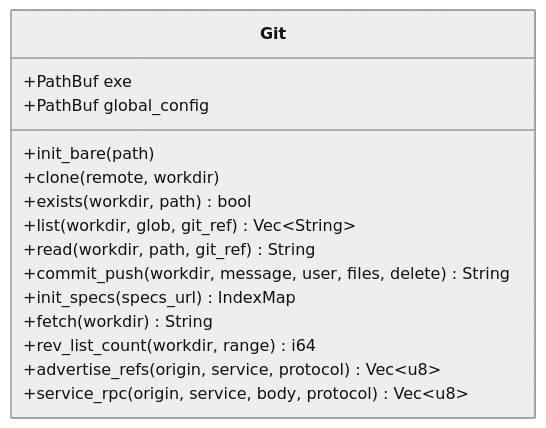
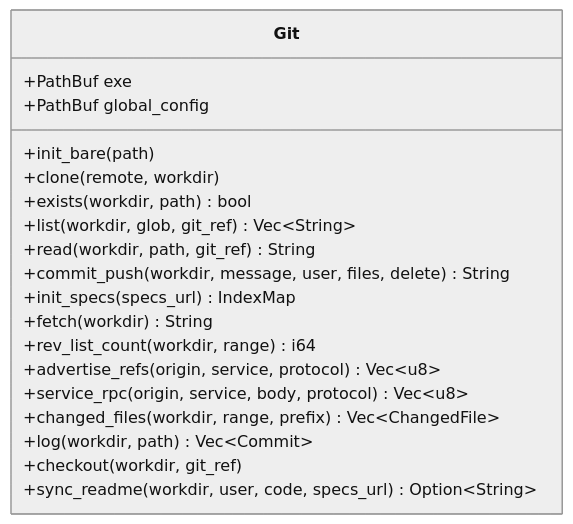
The sixth of 6 diagrams in docs/specs/06-DOM/SYNC-DOM-004.md (HoyoungParkme/syncdoc), drawn with Mermaid (neutral theme) before and after one commit. The commit also changed other lines of this file, not shown here.

First line of the commit message:
spec(SYNC-DOM-004): 카드 L11 — 4.2~4.6·4.8 표와 그림 · routes admin

````diff
--- a/docs/specs/06-DOM/SYNC-DOM-004.md
+++ b/docs/specs/06-DOM/SYNC-DOM-004.md
@@ -634,18 +654,22 @@
 ```mermaid
 classDiagram
     class Git {
         +PathBuf exe
         +PathBuf global_config
         +init_bare(path)
         +clone(remote, workdir)
         +exists(workdir, path) bool
         +list(workdir, glob, git_ref) Vec~String~
         +read(workdir, path, git_ref) String
         +commit_push(workdir, message, user, files, delete) String
         +init_specs(specs_url) IndexMap
         +fetch(workdir) String
         +rev_list_count(workdir, range) i64
         +advertise_refs(origin, service, protocol) Vec~u8~
         +service_rpc(origin, service, body, protocol) Vec~u8~
+        +changed_files(workdir, range, prefix) Vec~ChangedFile~
+        +log(workdir, path) Vec~Commit~
+        +checkout(workdir, git_ref)
+        +sync_readme(workdir, user, code, specs_url) Option~String~
     }
 ```
````
